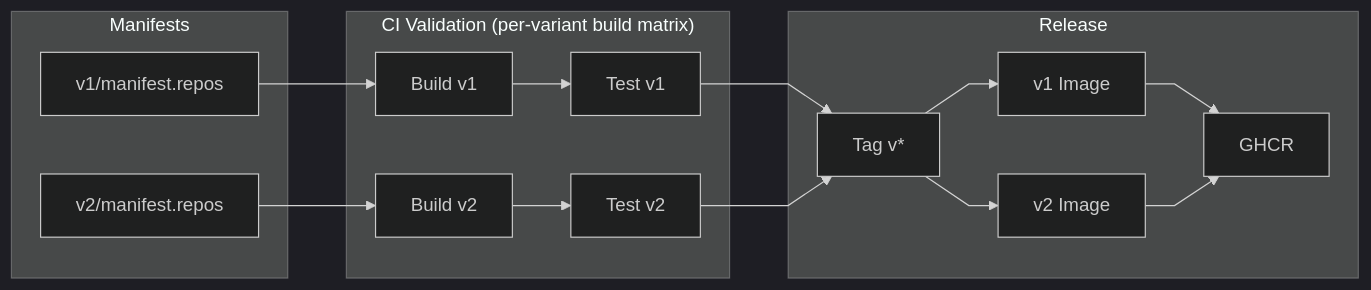
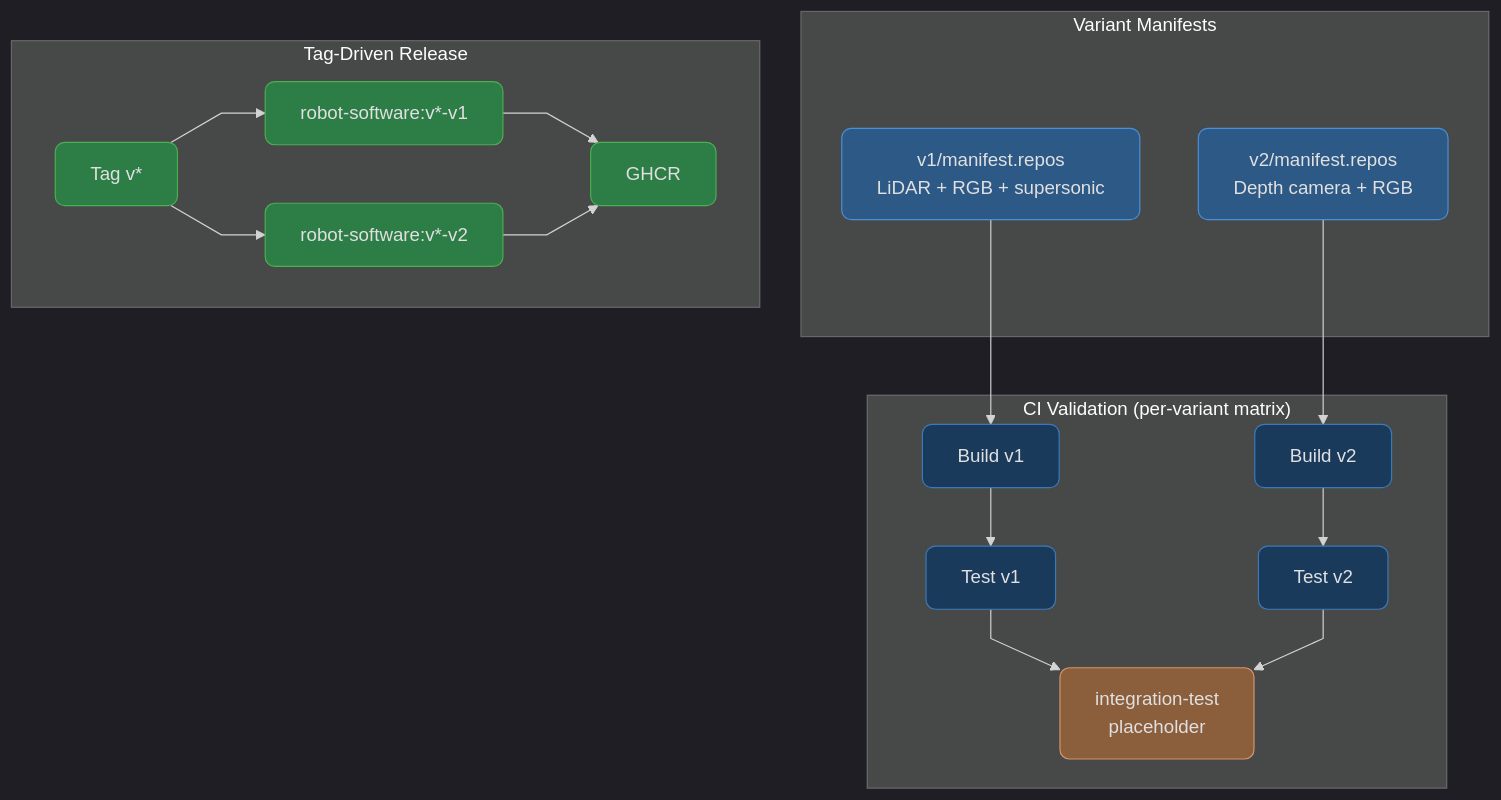
The diagram in README.md (calebjakemossey/product-manifest), drawn with Mermaid before and after one commit. The commit also changed other lines of this file and 3 other files, not shown here.

````diff
--- a/README.md
+++ b/README.md
@@ -7,29 +9,33 @@
 ```mermaid
 %%{init: {'theme': 'dark', 'flowchart': {'curve': 'linear'}}}%%
-flowchart LR
-    subgraph Manifests
-        V1[v1/manifest.repos]
-        V2[v2/manifest.repos]
+graph TB
+    classDef primary fill:#2d5986,stroke:#4a90d9,stroke-width:1px,color:#e0e0e0,rx:8,ry:8
+    classDef secondary fill:#1a3a5c,stroke:#3d7ab5,stroke-width:1px,color:#e0e0e0,rx:8,ry:8
+    classDef accent fill:#2d7d46,stroke:#4caf50,stroke-width:1px,color:#e0e0e0,rx:8,ry:8
+    classDef highlight fill:#8b5e3c,stroke:#d4956b,stroke-width:1px,color:#e0e0e0,rx:8,ry:8
+
+    subgraph "Variant Manifests"
+        V1[v1/manifest.repos<br/>LiDAR + RGB + supersonic]:::primary
+        V2[v2/manifest.repos<br/>Depth camera + RGB]:::primary
     end
 
-    subgraph CI["CI Validation (per-variant build matrix)"]
-        B1[Build v1]
-        B2[Build v2]
-        T1[Test v1]
-        T2[Test v2]
+    subgraph "CI Validation (per-variant matrix)"
+        B1[Build v1]:::secondary
+        T1[Test v1]:::secondary
+        B2[Build v2]:::secondary
+        T2[Test v2]:::secondary
+        INT[integration-test<br/>placeholder]:::highlight
     end
 
-    subgraph Release
-        TAG[Tag v*]
-        IMG1[v1 Image]
-        IMG2[v2 Image]
-        GHCR[GHCR]
+    subgraph "Tag-Driven Release"
+        TAG[Tag v*]:::accent
+        IMG1[robot-software:v*-v1]:::accent
+        IMG2[robot-software:v*-v2]:::accent
+        GHCR[GHCR]:::accent
     end
 
-    V1 --> B1 --> T1
-    V2 --> B2 --> T2
-    T1 --> TAG
-    T2 --> TAG
+    V1 --> B1 --> T1 --> INT
+    V2 --> B2 --> T2 --> INT
     TAG --> IMG1 --> GHCR
     TAG --> IMG2 --> GHCR
 ```
````
